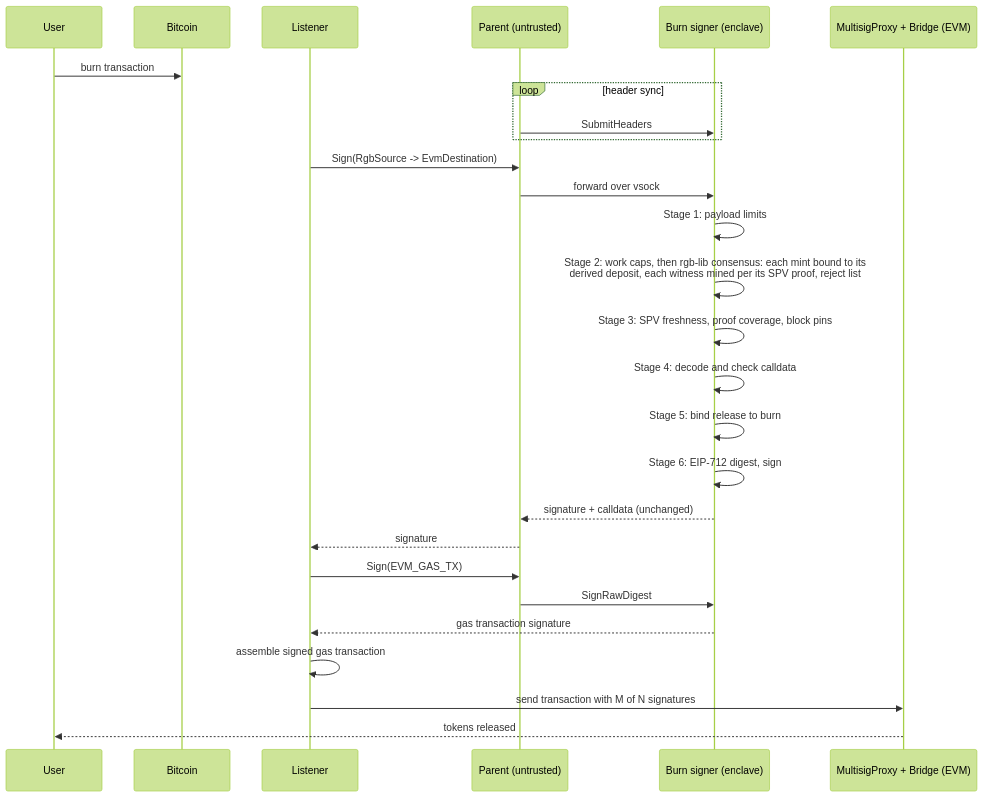
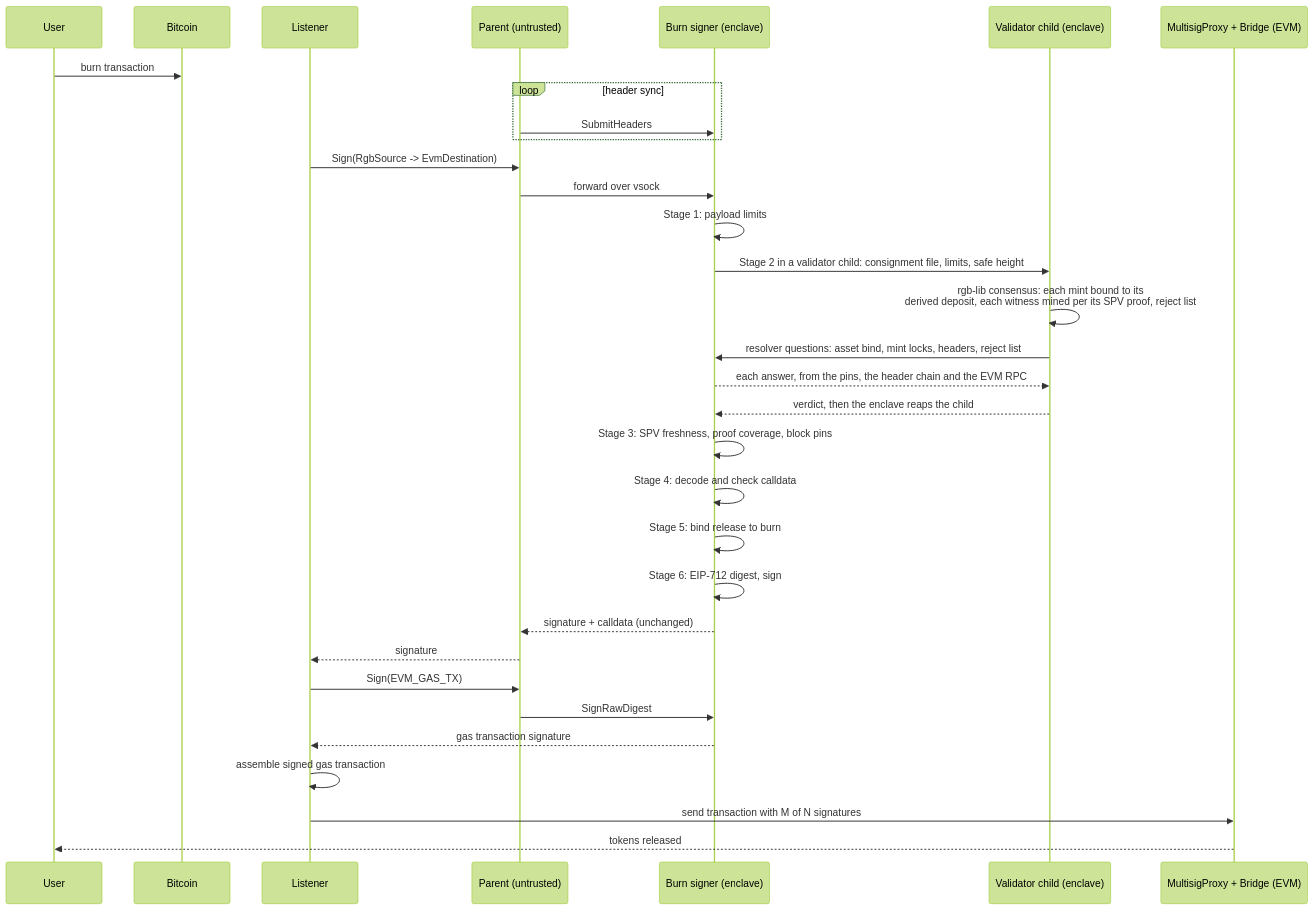
Before and after one commit to UTEXO-Protocol/enclave-signer: the diagram in docs/burn-flow.md, drawn with Mermaid (forest theme). The commit also changed other lines of this file and 160 other files, not shown here.

````diff
--- a/docs/burn-flow.md
+++ b/docs/burn-flow.md
@@ -60,30 +61,35 @@
 ```mermaid
 sequenceDiagram
     participant U as User
     participant BT as Bitcoin
     participant L as Listener
     participant P as Parent (untrusted)
     participant E as Burn signer (enclave)
+    participant V as Validator child (enclave)
     participant C as MultisigProxy + Bridge (EVM)
 
     U->>BT: burn transaction
     loop header sync
         P->>E: SubmitHeaders
     end
     L->>P: Sign(RgbSource -> EvmDestination)
     P->>E: forward over vsock
     E->>E: Stage 1: payload limits
-    E->>E: Stage 2: work caps, then rgb-lib consensus: each mint bound to its<br/>derived deposit, each witness mined per its SPV proof, reject list
+    E->>V: Stage 2 in a validator child: consignment file, limits, safe height
+    V->>V: rgb-lib consensus: each mint bound to its<br/>derived deposit, each witness mined per its SPV proof, reject list
+    V->>E: resolver questions: asset bind, mint locks, headers, reject list
+    E-->>V: each answer, from the pins, the header chain and the EVM RPC
+    V-->>E: verdict, then the enclave reaps the child
     E->>E: Stage 3: SPV freshness, proof coverage, block pins
     E->>E: Stage 4: decode and check calldata
     E->>E: Stage 5: bind release to burn
     E->>E: Stage 6: EIP-712 digest, sign
     E-->>P: signature + calldata (unchanged)
     P-->>L: signature
     L->>P: Sign(EVM_GAS_TX)
     P->>E: SignRawDigest
     E-->>L: gas transaction signature
     L->>L: assemble signed gas transaction
     L->>C: send transaction with M of N signatures
     C-->>U: tokens released
 ```
````
